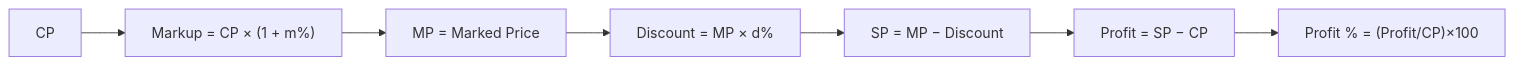
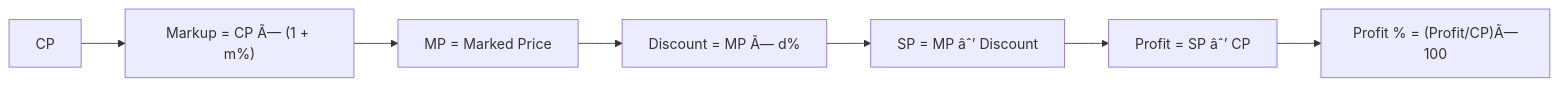
Before and after one commit to Raushan666java/ai-engineering-journey: the ninth of 11 diagrams in docs/courses/quantitative-aptitude/01-arithmetic-foundation.md, drawn with Mermaid. The commit also changed other lines of this file and 735 other files, not shown here.

````diff
--- a/docs/courses/quantitative-aptitude/01-arithmetic-foundation.md
+++ b/docs/courses/quantitative-aptitude/01-arithmetic-foundation.md
@@ -1083,9 +1083,9 @@
 ```mermaid
 flowchart LR
-    A["CP"] --> B["Markup = CP × (1 + m%)"]
+    A["CP"] --> B["Markup = CP Ã— (1 + m%)"]
     B --> C["MP = Marked Price"]
-    C --> D["Discount = MP × d%"]
-    D --> E["SP = MP − Discount"]
-    E --> F["Profit = SP − CP"]
-    F --> G["Profit % = (Profit/CP)×100"]
+    C --> D["Discount = MP Ã— d%"]
+    D --> E["SP = MP âˆ’ Discount"]
+    E --> F["Profit = SP âˆ’ CP"]
+    F --> G["Profit % = (Profit/CP)Ã—100"]
 ```
````
